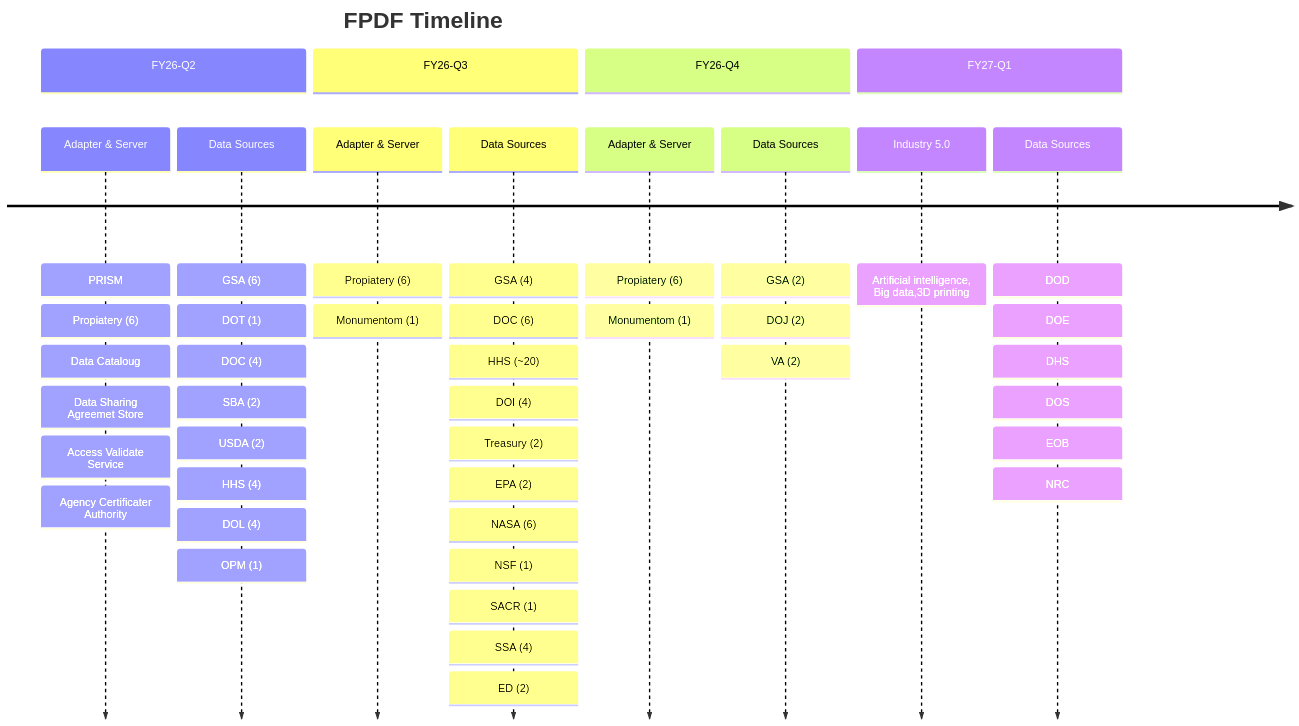
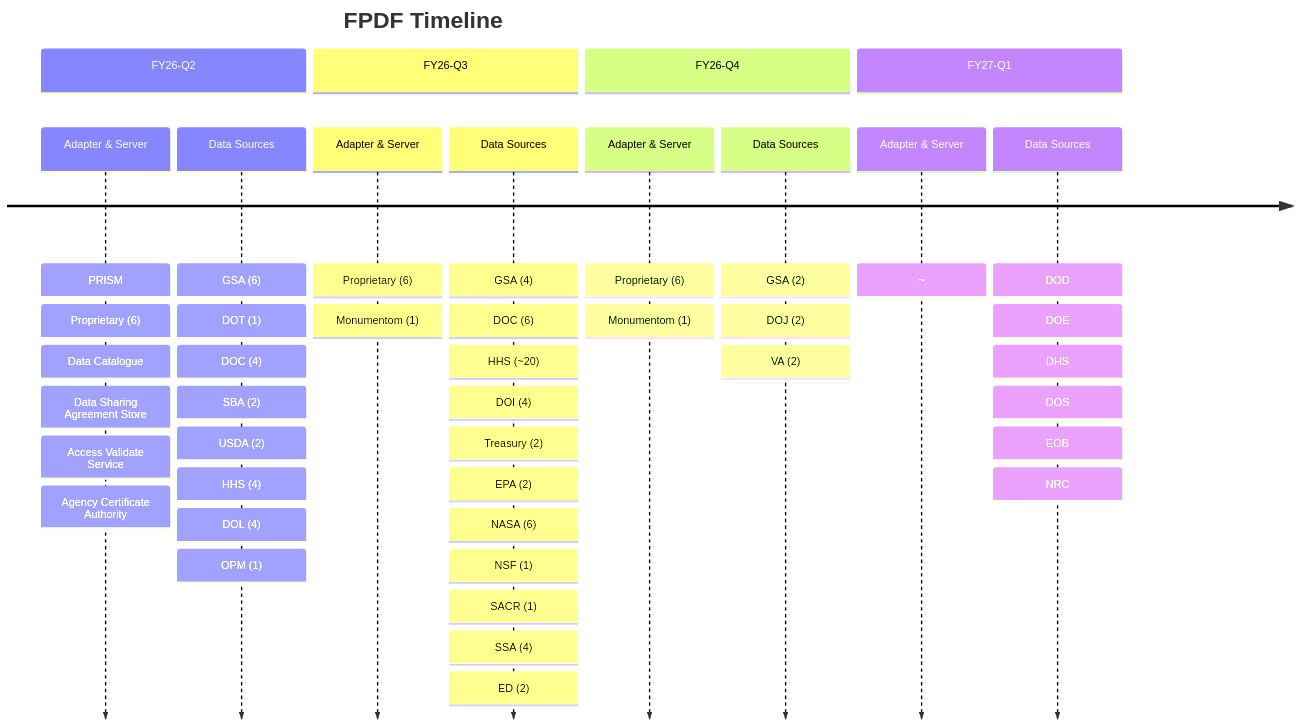
The first of 2 diagrams in timeline.md (adam-grandt-tts/white-paper), drawn with Mermaid before and after one commit. The commit also changed other lines of this file, not shown here.

````diff
--- a/timeline.md
+++ b/timeline.md
@@ -1,17 +1,17 @@
 ```mermaid 
 
 timeline
 	title FPDF Timeline
 	section FY26-Q2
-		Adapter & Server: PRISM : Propiatery (6) : Data Cataloug : Data Sharing Agreemet Store : Access Validate Service : Agency Certificater Authority
+		Adapter & Server: PRISM : Proprietary (6) : Data Catalogue : Data Sharing Agreement Store : Access Validate Service : Agency Certificate Authority
 		Data Sources : GSA (6) : DOT (1) : DOC (4) : SBA (2) : USDA (2) : HHS (4) : DOL (4) : OPM (1) 
 	section FY26-Q3
-		Adapter & Server: Propiatery (6) : Monumentom (1)
+		Adapter & Server: Proprietary (6) : Monumentom (1)
 		Data Sources : GSA (4) : DOC (6) :  HHS (~20) : DOI (4) : Treasury (2) : EPA (2) : NASA (6) : NSF (1) : SACR (1) : SSA (4) : ED (2)
 	section FY26-Q4
-		Adapter & Server: Propiatery (6) : Monumentom (1)
+		Adapter & Server: Proprietary (6) : Monumentom (1)
 		Data Sources : GSA (2) : DOJ (2) : VA (2)
 	section FY27-Q1
-		Industry 5.0 : Artificial intelligence, Big data,3D printing
+		Adapter & Server: ~
 		Data Sources : DOD : DOE : DHS : DOS : EOB : NRC
 ```
````
